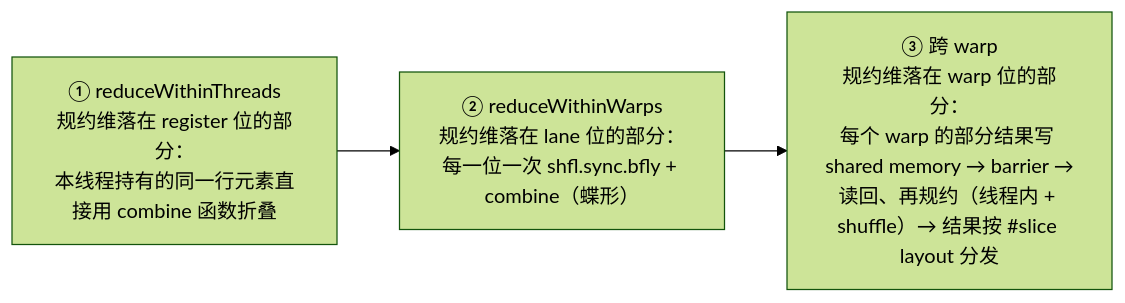
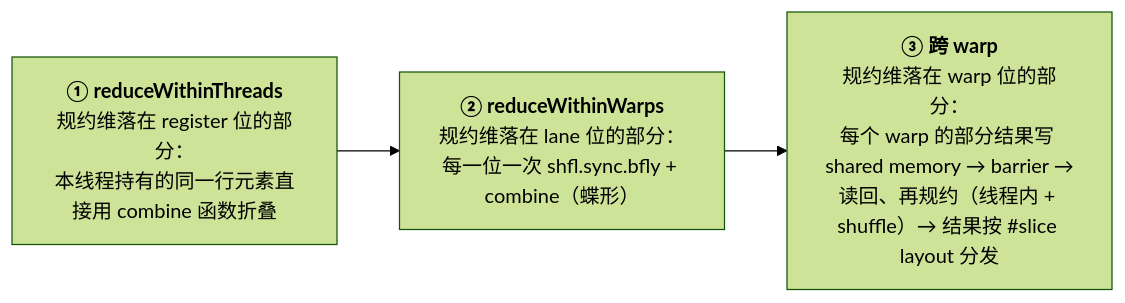
The second of 2 diagrams in _posts/2026-12-01-triton-compiler-lowering-tritongpu-to-llvm.md (arganzheng/arganzheng.github.com), drawn with Mermaid (forest theme) before and after one commit. The commit also changed 8 other files, not shown here.

First line of the commit message:
ML 编译器内部：从 SSA、MLIR 到 Triton 编译器：Mermaid 多行方框的首行标为标题（9 篇）

````diff
--- a/_posts/2026-12-01-triton-compiler-lowering-tritongpu-to-llvm.md
+++ b/_posts/2026-12-01-triton-compiler-lowering-tritongpu-to-llvm.md
@@ -230,8 +230,8 @@
 ```mermaid
 %% 图：tt.reduce 的三级：线程内折叠 register 位，warp 内用 shfl.sync.bfly 蝶形规约 lane 位，跨 warp 经 shared memory 与 barrier 再规约
 flowchart LR
-    r1["① reduceWithinThreads<br/>规约维落在 register 位的部分：<br/>本线程持有的同一行元素直接用 combine 函数折叠"]
-    r2["② reduceWithinWarps<br/>规约维落在 lane 位的部分：<br/>每一位一次 shfl.sync.bfly + combine（蝶形）"]
-    r3["③ 跨 warp<br/>规约维落在 warp 位的部分：<br/>每个 warp 的部分结果写 shared memory → barrier →<br/>读回、再规约（线程内 + shuffle）→ 结果按 #slice layout 分发"]
+    r1["<b>① reduceWithinThreads</b><br/>规约维落在 register 位的部分：<br/>本线程持有的同一行元素直接用 combine 函数折叠"]
+    r2["<b>② reduceWithinWarps</b><br/>规约维落在 lane 位的部分：<br/>每一位一次 shfl.sync.bfly + combine（蝶形）"]
+    r3["<b>③ 跨 warp</b><br/>规约维落在 warp 位的部分：<br/>每个 warp 的部分结果写 shared memory → barrier →<br/>读回、再规约（线程内 + shuffle）→ 结果按 #slice layout 分发"]
     r1 --> r2 --> r3
 ```
````
